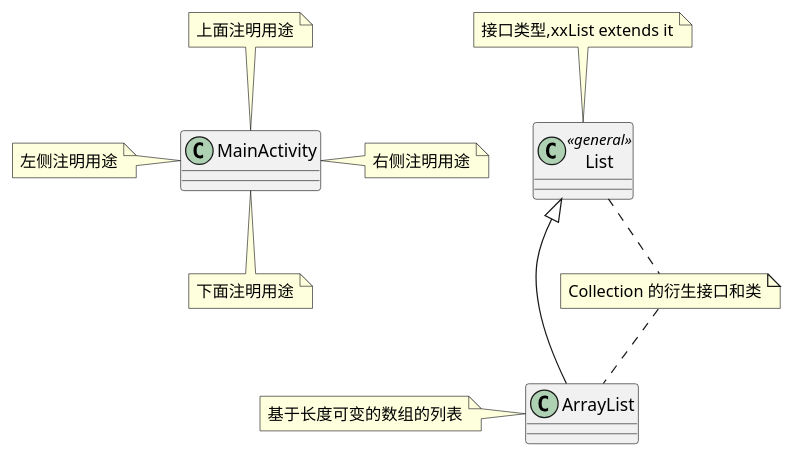
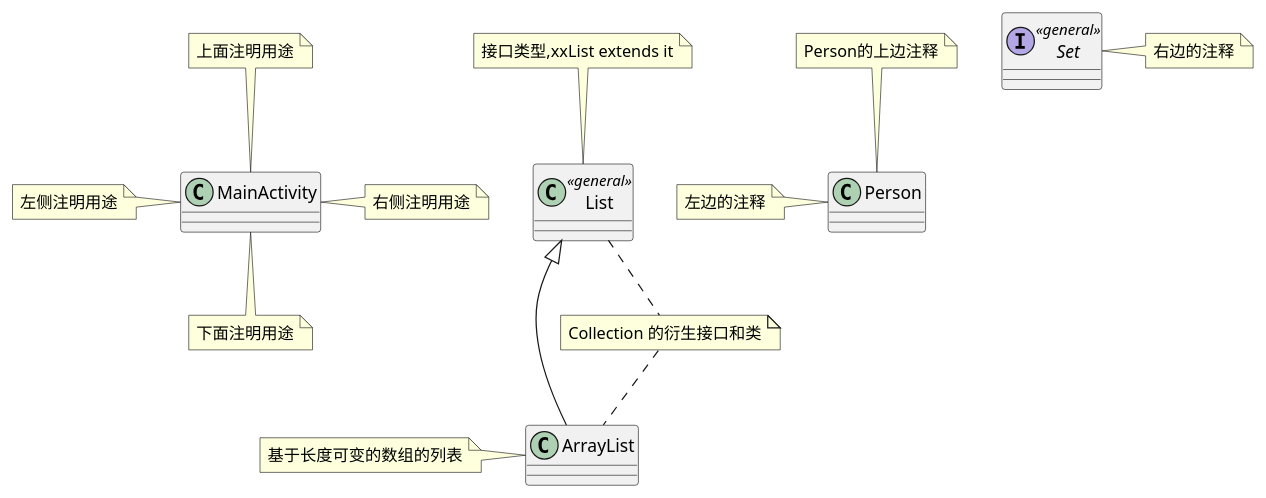
One commit to peengtao123/javademo changed the diagram in uml/g.puml. Above: the diagram before and after it, drawn with PlantUML. The commit also changed 40 other files, not shown here.

```diff
--- a/uml/g.puml
+++ b/uml/g.puml
@@ -1,19 +1,25 @@
 @startuml
 class MainActivity
 note left:左侧注明用途
 note right of MainActivity:右侧注明用途
 note top of MainActivity:上面注明用途
 note bottom of MainActivity:下面注明用途
 
 class List<<general>>
 note top of List : 接口类型,xxList extends it
 
 class ArrayList
 note left : 基于长度可变的数组的列表
 
 note "Collection 的衍生接口和类" as NOTE
 List .. NOTE
 NOTE .. ArrayList
 
 List <|-- ArrayList
+
+Class Person
+note left:左边的注释
+Interface Set<<general>>
+note right:右边的注释
+note top of Person:Person的上边注释
 @enduml
```
